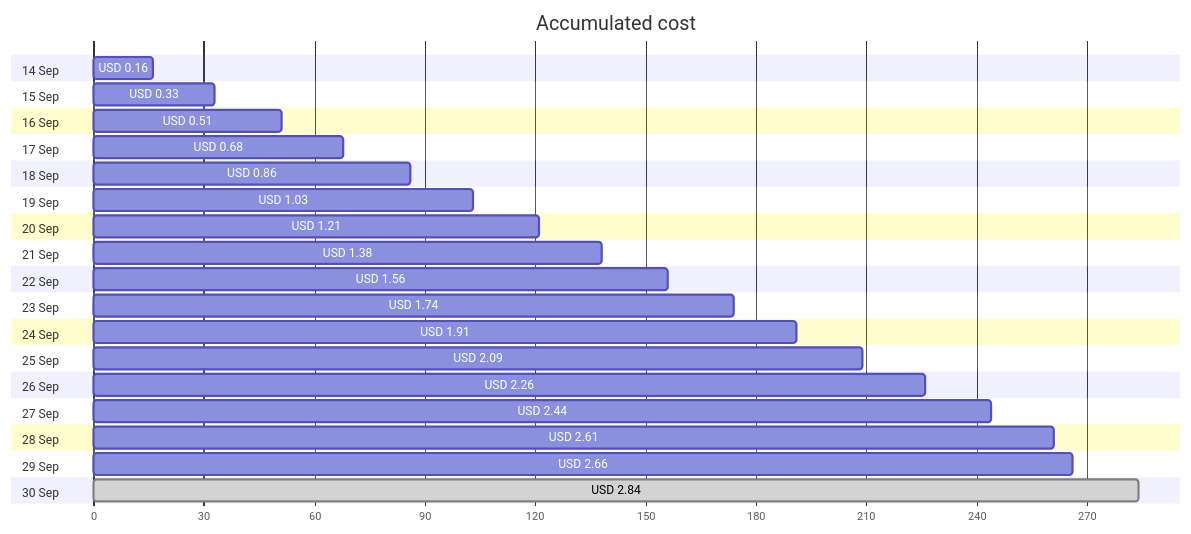
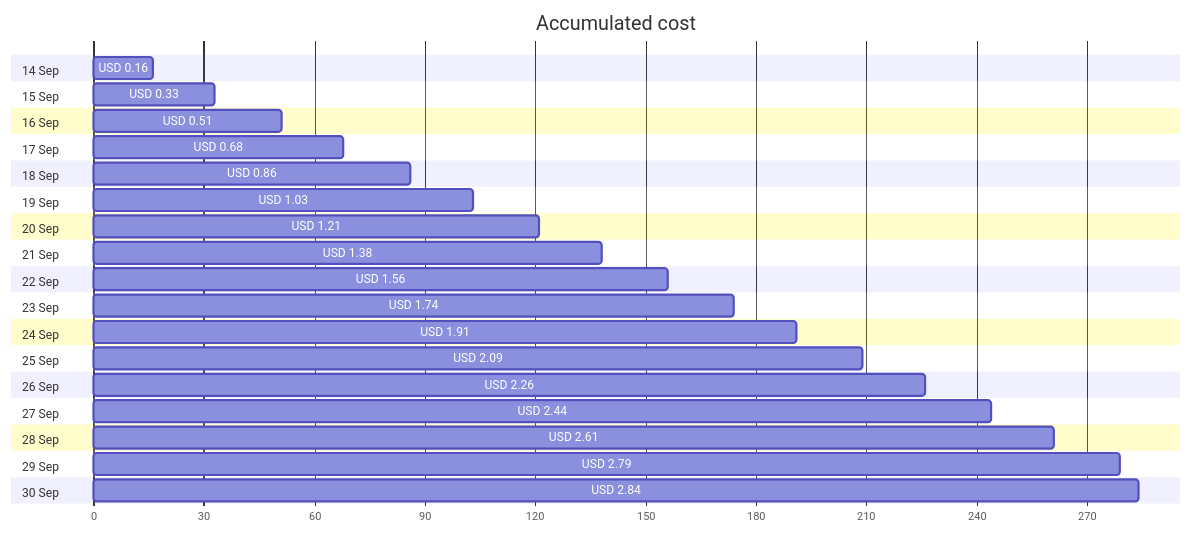
The first of 4 diagrams in cost-reports/personal-network/backup-server.md (jpfulton/azure-personal-reports), drawn with Mermaid before and after one commit. The commit also changed other lines of this file and 9 other files, not shown here.

````diff
--- a/cost-reports/personal-network/backup-server.md
+++ b/cost-reports/personal-network/backup-server.md
@@ -20,40 +20,40 @@
 ```mermaid
 gantt
    title Accumulated cost
    dateFormat  X
    axisFormat %s
    section 14 Sep
    USD 0.16 :0, 16
    section 15 Sep
    USD 0.33 :0, 33
    section 16 Sep
    USD 0.51 :0, 51
    section 17 Sep
    USD 0.68 :0, 68
    section 18 Sep
    USD 0.86 :0, 86
    section 19 Sep
    USD 1.03 :0, 103
    section 20 Sep
    USD 1.21 :0, 121
    section 21 Sep
    USD 1.38 :0, 138
    section 22 Sep
    USD 1.56 :0, 156
    section 23 Sep
    USD 1.74 :0, 174
    section 24 Sep
    USD 1.91 :0, 191
    section 25 Sep
    USD 2.09 :0, 209
    section 26 Sep
    USD 2.26 :0, 226
    section 27 Sep
    USD 2.44 :0, 244
    section 28 Sep
    USD 2.61 :0, 261
    section 29 Sep
-   USD 2.66 :0, 266
+   USD 2.79 :0, 279
    section 30 Sep
-   USD 2.84 : done, 0, 284
+   USD 2.84 :0, 284
 ```
````
